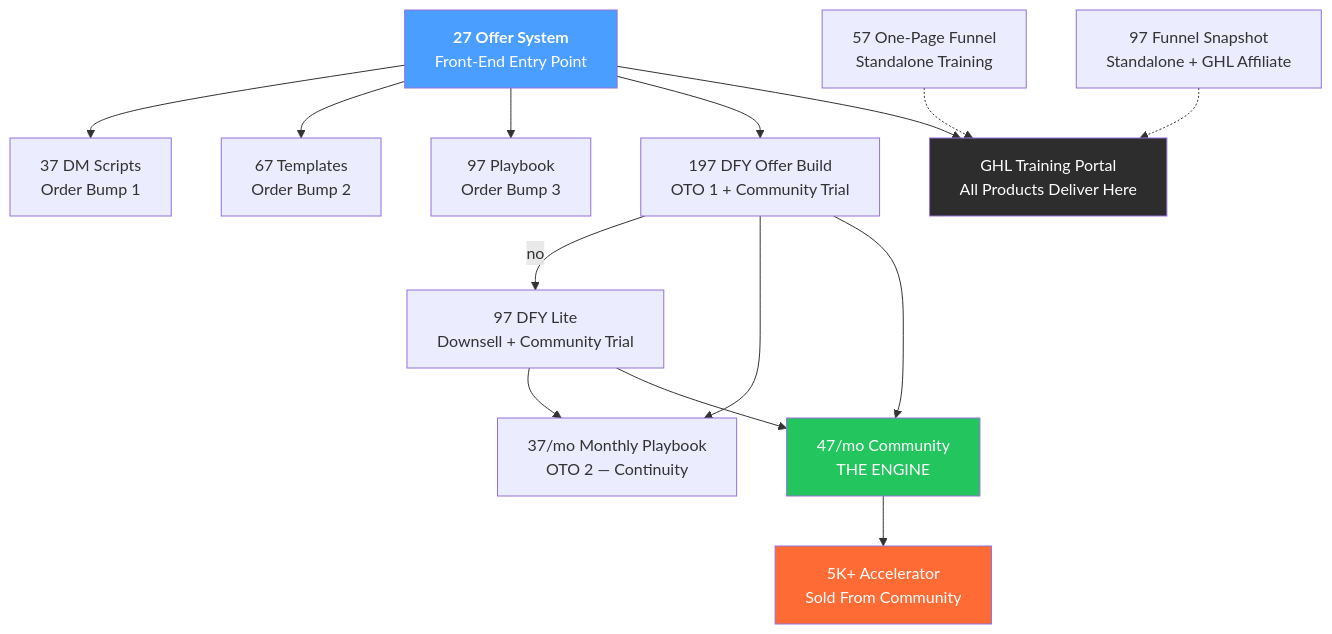
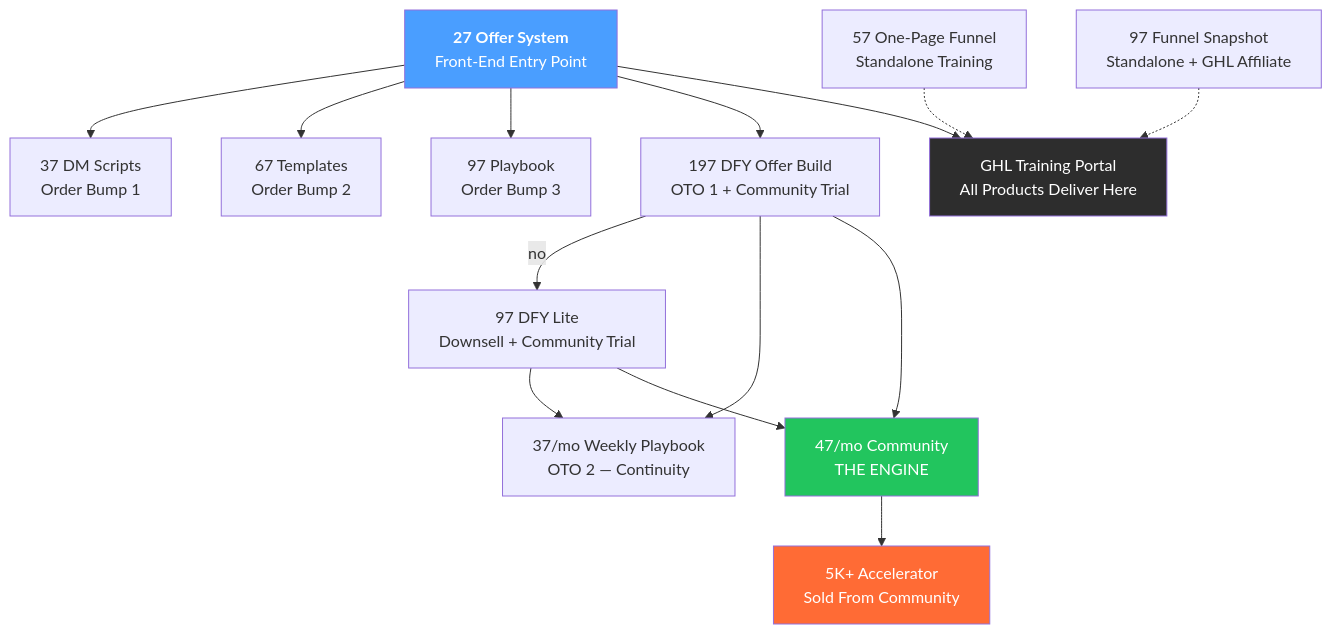
Before and after one commit to mike-scott-darwin/client-ready: the diagram in reference/core/offer.md, drawn with Mermaid. The commit also changed other lines of this file and 20 other files, not shown here.

````diff
--- a/reference/core/offer.md
+++ b/reference/core/offer.md
@@ -103,22 +103,22 @@
 ```mermaid
 graph TD
     FE["<b>27 Offer System</b><br/>Front-End Entry Point"] --> B1["37 DM Scripts<br/>Order Bump 1"]
     FE --> B2["67 Templates<br/>Order Bump 2"]
     FE --> B3["97 Playbook<br/>Order Bump 3"]
     FE --> DFY["197 DFY Offer Build<br/>OTO 1 + Community Trial"]
     DFY -->|no| DFYL["97 DFY Lite<br/>Downsell + Community Trial"]
-    DFY --> NL["37/mo Monthly Playbook<br/>OTO 2 — Continuity"]
+    DFY --> NL["37/mo Weekly Playbook<br/>OTO 2 — Continuity"]
     DFYL --> NL
     DFY --> COM["47/mo Community<br/>THE ENGINE"]
     DFYL --> COM
     COM --> HT["5K+ Accelerator<br/>Sold From Community"]
 
     ST1["57 One-Page Funnel<br/>Standalone Training"] -.-> Portal
     ST2["97 Funnel Snapshot<br/>Standalone + GHL Affiliate"] -.-> Portal
     FE --> Portal["GHL Training Portal<br/>All Products Deliver Here"]
 
     style FE fill:#4a9eff,color:#fff
     style COM fill:#22c55e,color:#fff
     style HT fill:#ff6b35,color:#fff
     style Portal fill:#2d2d2d,color:#fff
 ```
````
